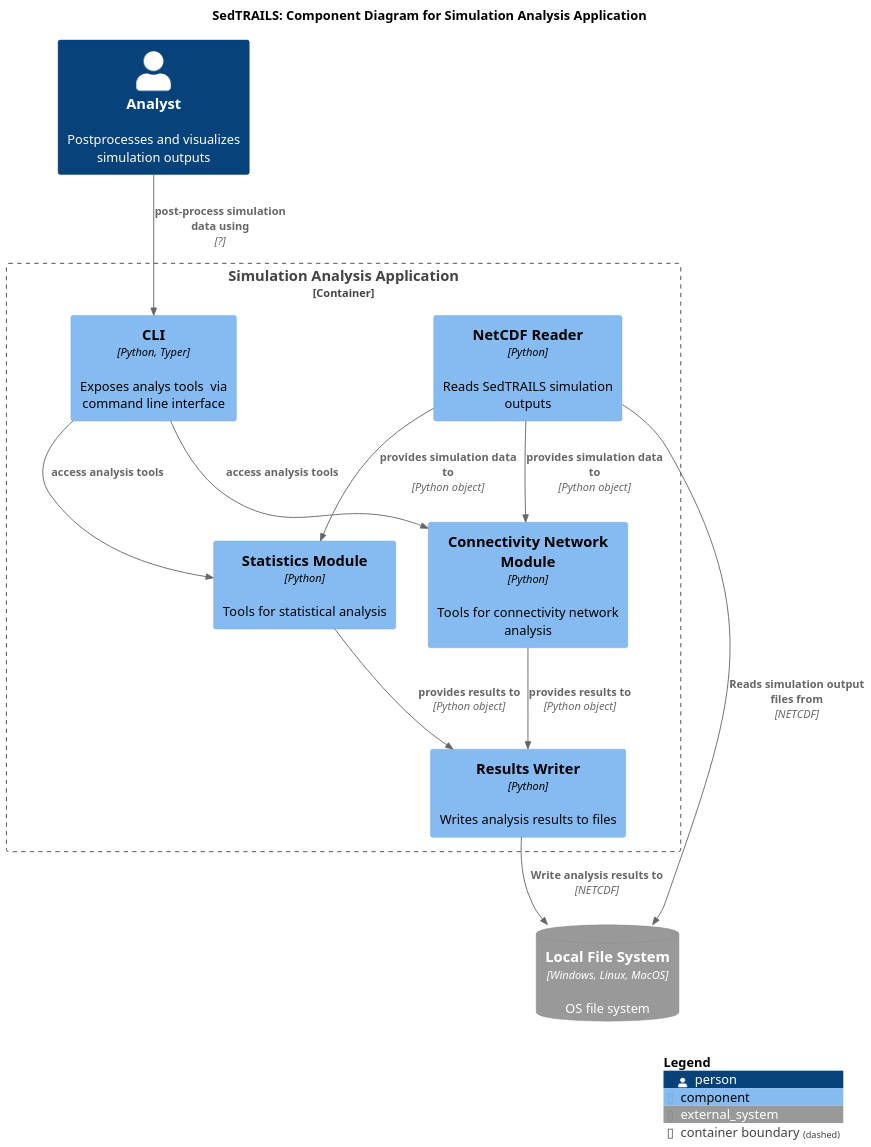
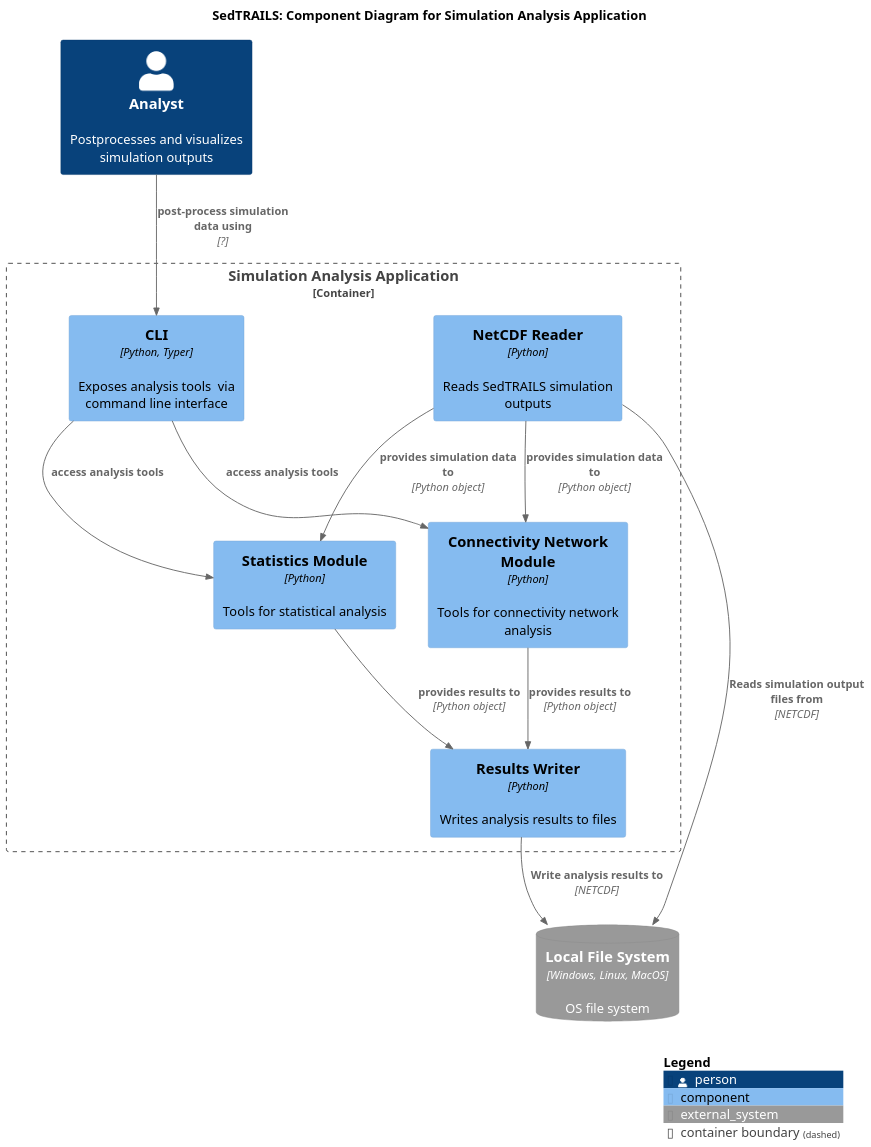
One commit to sgpearson17/sedtrails-sgp changed the diagram in diagrams/components-analysis-app.puml. Above: the diagram before and after it, drawn with PlantUML. The commit also changed 14 other files, not shown here.

Commit message:
Fix typos in software diagrams and regenerate images

```diff
--- a/diagrams/components-analysis-app.puml
+++ b/diagrams/components-analysis-app.puml
@@ -1,36 +1,35 @@
 @startuml SedtrailComponentsAnalysis
 !include ./c4/C4_Component.puml
 
 ' LAYOUT_LANDSCAPE()
 
 title SedTRAILS: Component Diagram for Simulation Analysis Application
 scale 1.5
 
 Person(analyst, "Analyst", "Postprocesses and visualizes simulation outputs")
 
 SystemDb_Ext(fileSystem, "Local File System", "OS file system", $type="Windows, Linux, MacOS")
 
 Container_Boundary(analystApp, "Simulation Analysis Application", "Python", "An application to post-process simulation outputs and conduct statistical and connectivity network analyses"){
 
     Component(fileReader, "NetCDF Reader", "Python", "Reads SedTRAILS simulation outputs")
     Component(fileWriter, "Results Writer", "Python", "Writes analysis results to files")
     Component(statistics, "Statistics Module", "Python", "Tools for statistical analysis")
     Component(connectivity, "Connectivity Network Module", "Python", "Tools for connectivity network analysis")
-    Component(cli, "CLI", "Python, Typer", "Exposes analys tools  via command line interface")
+    Component(cli, "CLI", "Python, Typer", "Exposes analysis tools  via command line interface")
 
     Rel(fileReader, statistics, "provides simulation data to", "Python object")
     Rel(fileReader, connectivity, "provides simulation data to", "Python object")   
     Rel(connectivity, fileWriter, "provides results to", "Python object")
     Rel(statistics, fileWriter, "provides results to", "Python object")
 }
 
-' Can we asume that  the connectivity and statistics modules can use the same data format/type
 
 Rel(fileReader, fileSystem, "Reads simulation output files from", "NETCDF")
 Rel(fileWriter, fileSystem , "Write analysis results to", "NETCDF")
 Rel(analyst, cli, "post-process simulation data using", "?")
 Rel(cli, statistics, "access analysis tools",)
 Rel(cli, connectivity, "access analysis tools",)
 
 SHOW_LEGEND()
 @enduml
```
